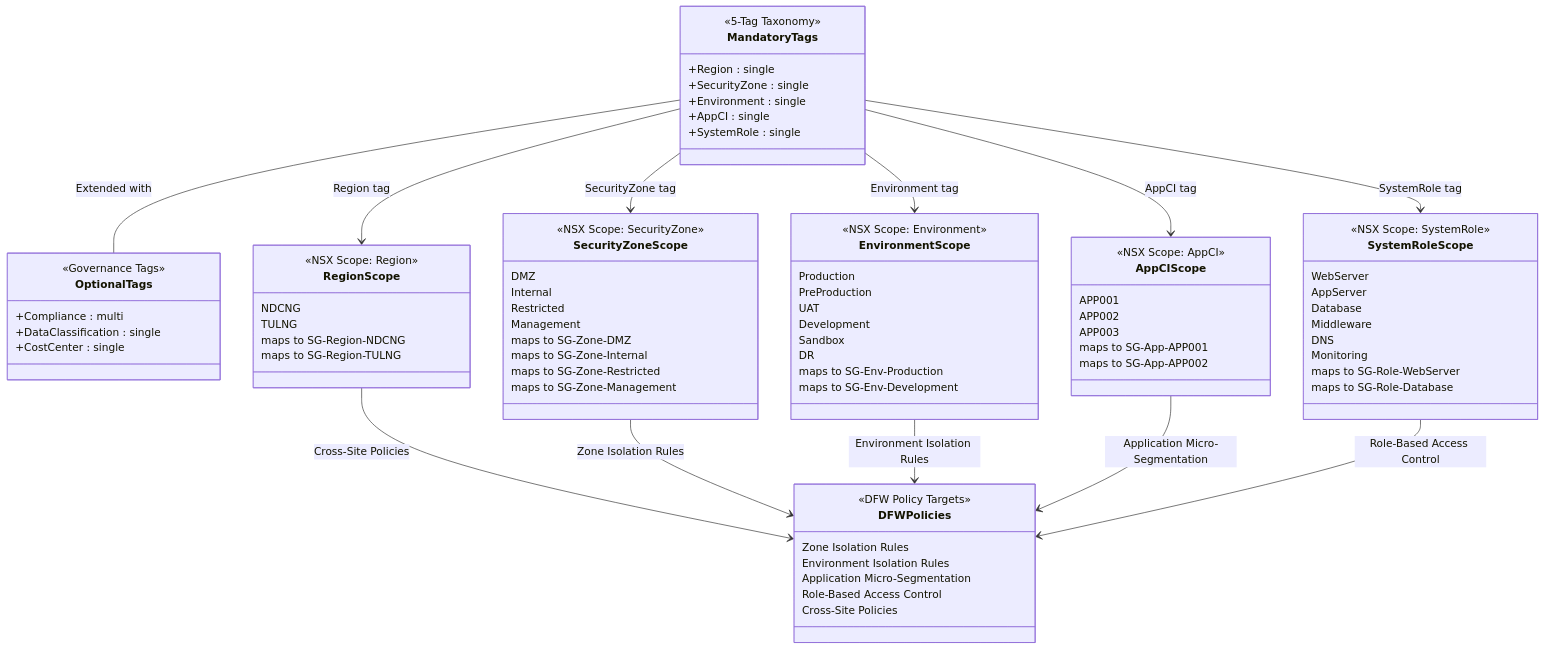
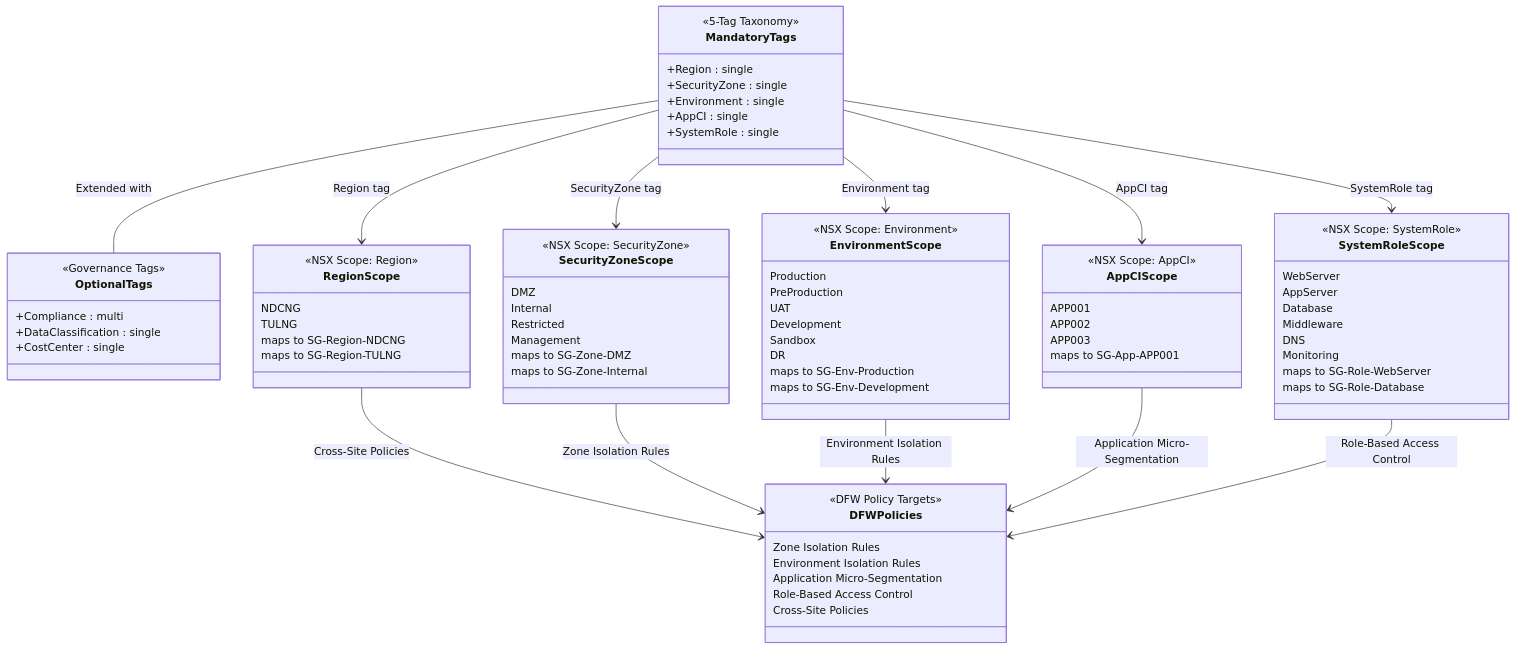
Before and after one commit to srikanth-nalam/dfw-automation-pipeline: the first of 2 diagrams in docs/diagrams/5-tag-model.md, drawn with Mermaid. The commit also changed 12 other files, not shown here.

First line of the commit message:
fix: resolve Mermaid diagram rendering issues across all docs

```diff
--- a/docs/diagrams/5-tag-model.md
+++ b/docs/diagrams/5-tag-model.md
@@ -38,8 +38,6 @@
         Management
         maps to SG-Zone-DMZ
         maps to SG-Zone-Internal
-        maps to SG-Zone-Restricted
-        maps to SG-Zone-Management
     }
 
     class EnvironmentScope {
@@ -60,7 +58,6 @@
         APP002
         APP003
         maps to SG-App-APP001
-        maps to SG-App-APP002
     }
 
     class SystemRoleScope {
```
